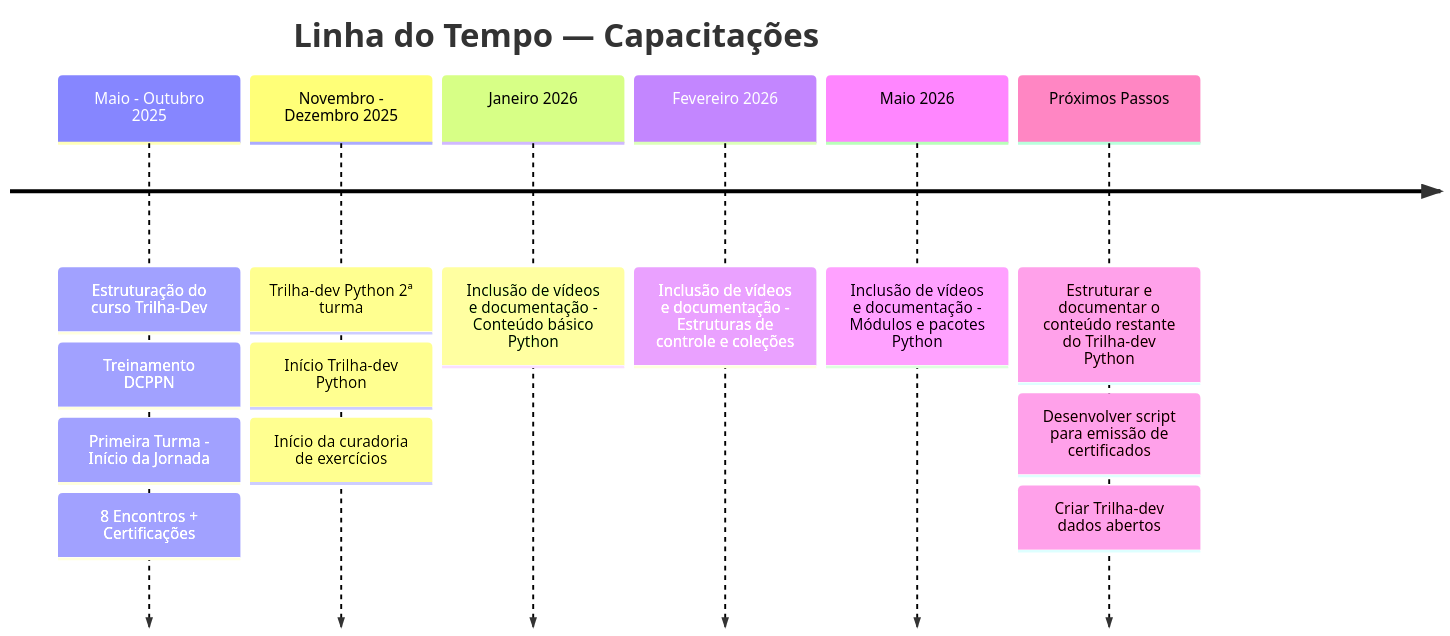
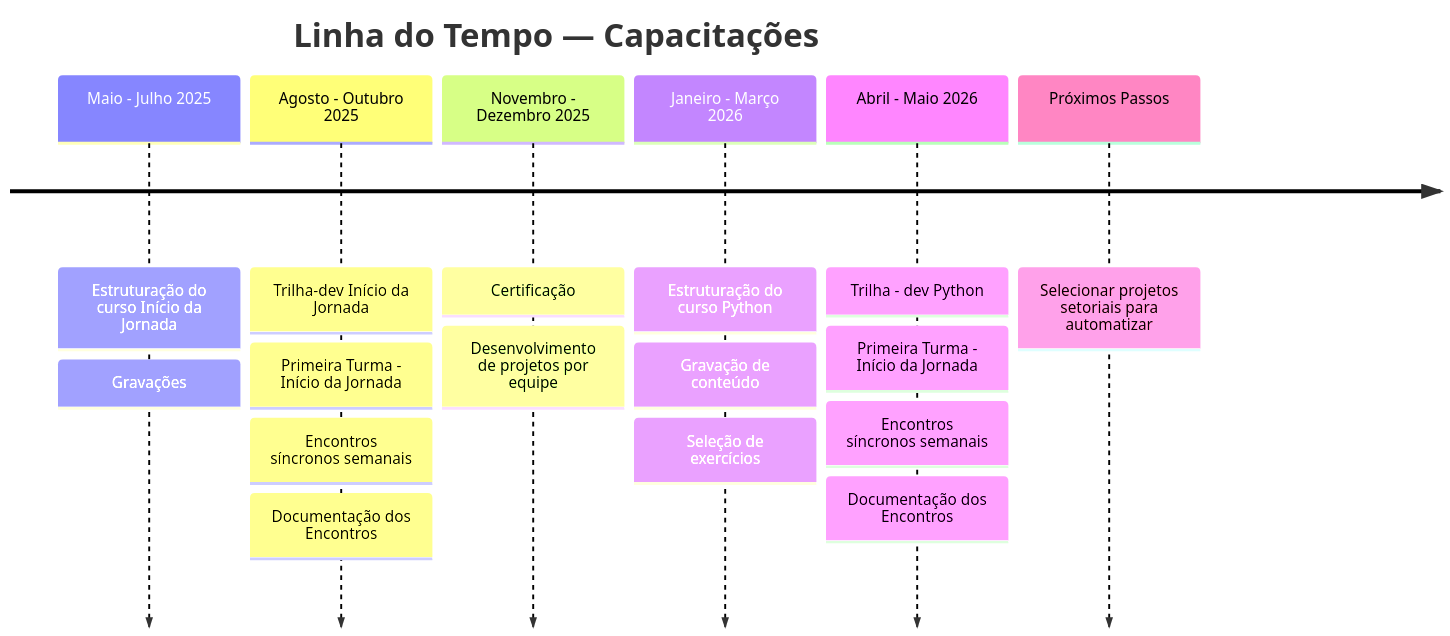
One commit to splor-mg/handbook changed the diagram in docs/linha_do_tempo/capacitacoes.md. Above: the diagram before and after it, drawn with Mermaid. The commit also changed other lines of this file, not shown here.

Commit message:
Altera linha do tempo do projeto capacitações.

````diff
--- a/docs/linha_do_tempo/capacitacoes.md
+++ b/docs/linha_do_tempo/capacitacoes.md
@@ -28,17 +28,20 @@
     ```mermaid
     timeline
     title Linha do Tempo — Capacitações
-    Maio - Outubro 2025 : Estruturação do curso Trilha-Dev
-                        : Treinamento DCPPN
-                        : Primeira Turma - Início da Jornada
-                        : 8 Encontros + Certificações
-    Novembro - Dezembro 2025 : Trilha-dev Python 2ª turma
-                             : Início Trilha-dev Python
-                             : Início da curadoria de exercícios
-    Janeiro 2026 : Inclusão de vídeos e documentação - Conteúdo básico Python
-    Fevereiro 2026 : Inclusão de vídeos e documentação - Estruturas de controle e coleções
-    Maio 2026 : Inclusão de vídeos e documentação - Módulos e pacotes Python
-    Próximos Passos : Estruturar e documentar o conteúdo restante do Trilha-dev Python
-                    : Desenvolver script para emissão de certificados
-                    : Criar Trilha-dev dados abertos
+    Maio - Julho 2025   : Estruturação do curso Início da Jornada
+                        : Gravações
+    Agosto - Outubro 2025: Trilha-dev Início da Jornada
+                             : Primeira Turma - Início da Jornada
+                             : Encontros síncronos semanais
+                             : Documentação dos Encontros
+    Novembro - Dezembro 2025 : Certificação
+                             : Desenvolvimento de projetos por equipe
+    Janeiro - Março 2026 : Estruturação do curso Python
+                         : Gravação de conteúdo
+                         : Seleção de exercícios
+    Abril - Maio 2026 : Trilha - dev Python
+                      : Primeira Turma - Início da Jornada
+                      : Encontros síncronos semanais
+                      : Documentação dos Encontros
+    Próximos Passos : Selecionar projetos setoriais para automatizar
     ```
````
